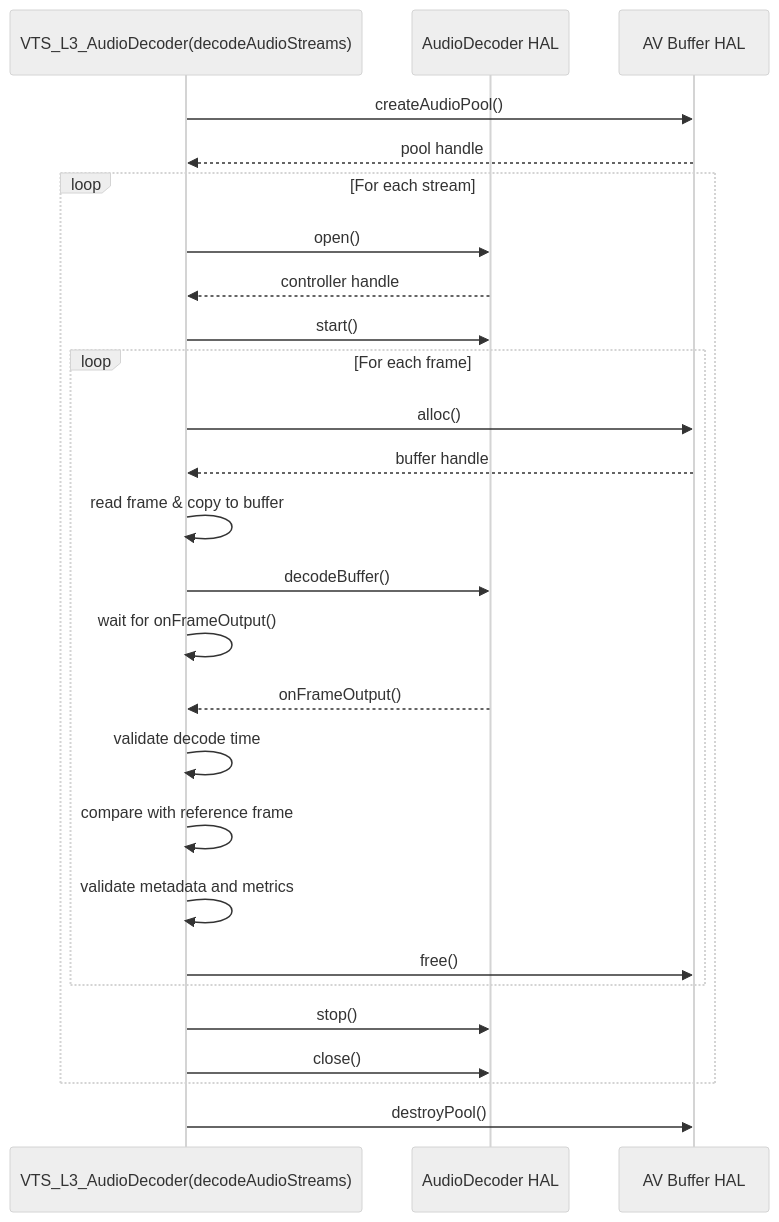
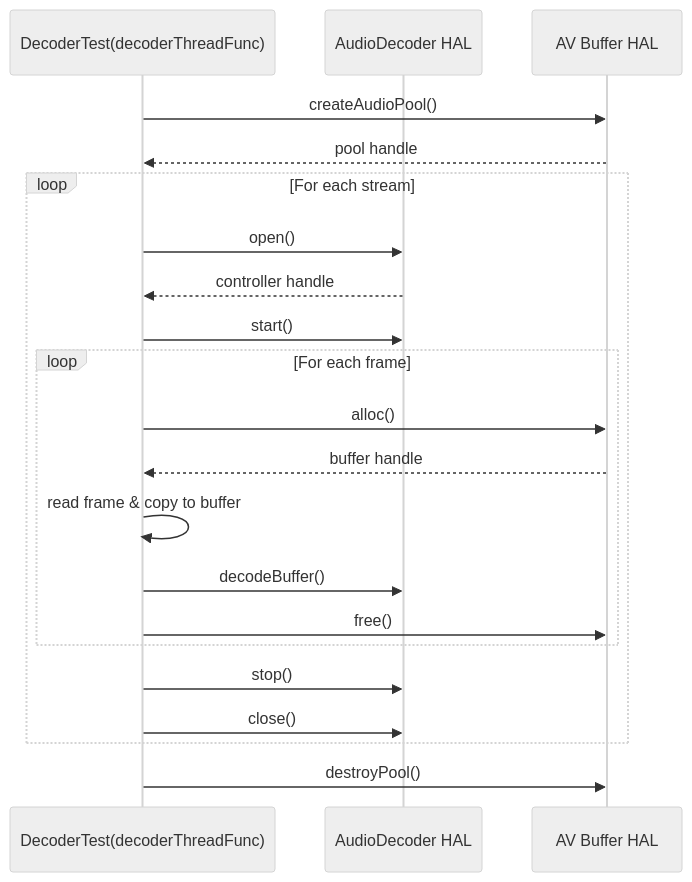
One commit to davidkoo-brcm/rdk-halif-aidl-test-audiodecoder changed the sixth of 12 diagrams in docs/pages/audioDecoder_L3_Low-Level_TestSpecification.md. Above: the diagram before and after it, drawn with Mermaid (neutral theme). The commit also changed other lines of this file and 1 other file, not shown here.

````diff
--- a/docs/pages/audioDecoder_L3_Low-Level_TestSpecification.md
+++ b/docs/pages/audioDecoder_L3_Low-Level_TestSpecification.md
@@ -237,29 +299,24 @@
 ```mermaid
 sequenceDiagram
-  participant rundecoder as VTS_L3_AudioDecoder(decodeAudioStreams)
+  participant rundecoder as DecoderTest(decoderThreadFunc)
   participant AudioDecoder HAL
   participant AV Buffer HAL
 
   rundecoder->>AV Buffer HAL: createAudioPool()
   AV Buffer HAL-->>rundecoder: pool handle
   loop For each stream
     rundecoder->>AudioDecoder HAL: open()
     AudioDecoder HAL-->>rundecoder: controller handle
     rundecoder->>AudioDecoder HAL: start()
     loop For each frame
       rundecoder->>AV Buffer HAL: alloc()
       AV Buffer HAL-->>rundecoder: buffer handle
       rundecoder->>rundecoder: read frame & copy to buffer
       rundecoder->>AudioDecoder HAL: decodeBuffer()
-      rundecoder->>rundecoder: wait for onFrameOutput()
-      AudioDecoder HAL-->>rundecoder: onFrameOutput()
-      rundecoder->>rundecoder: validate decode time
-      rundecoder->>rundecoder: compare with reference frame
-      rundecoder->>rundecoder: validate metadata and metrics
       rundecoder->>AV Buffer HAL: free()
     end
     rundecoder->>AudioDecoder HAL: stop()
     rundecoder->>AudioDecoder HAL: close()
   end
   rundecoder->>AV Buffer HAL: destroyPool()
 ```
````
